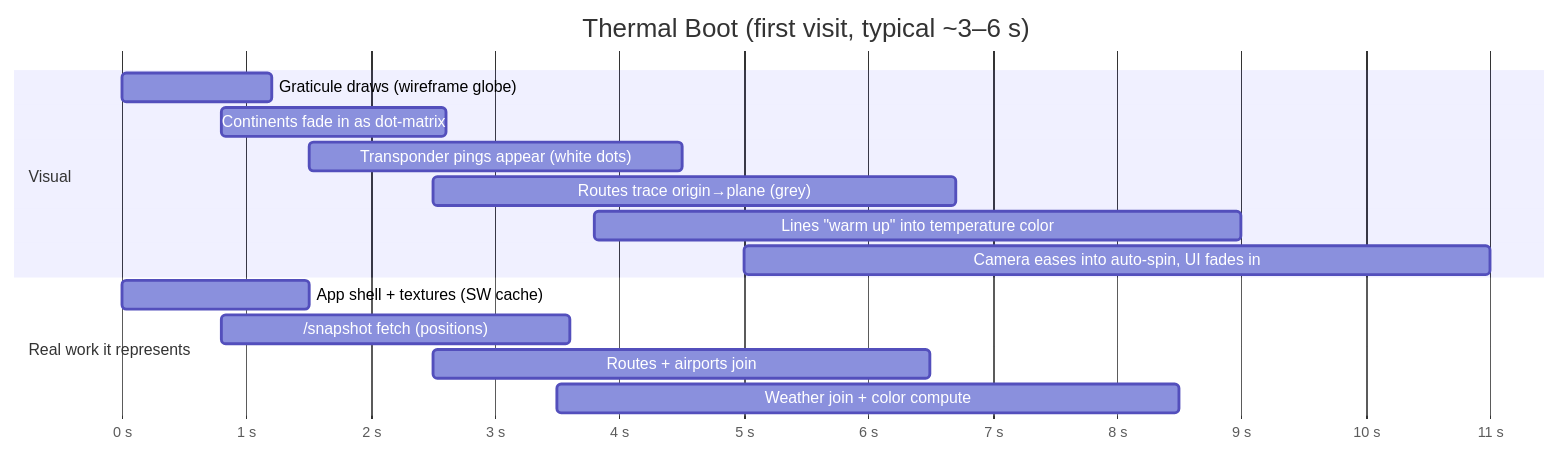
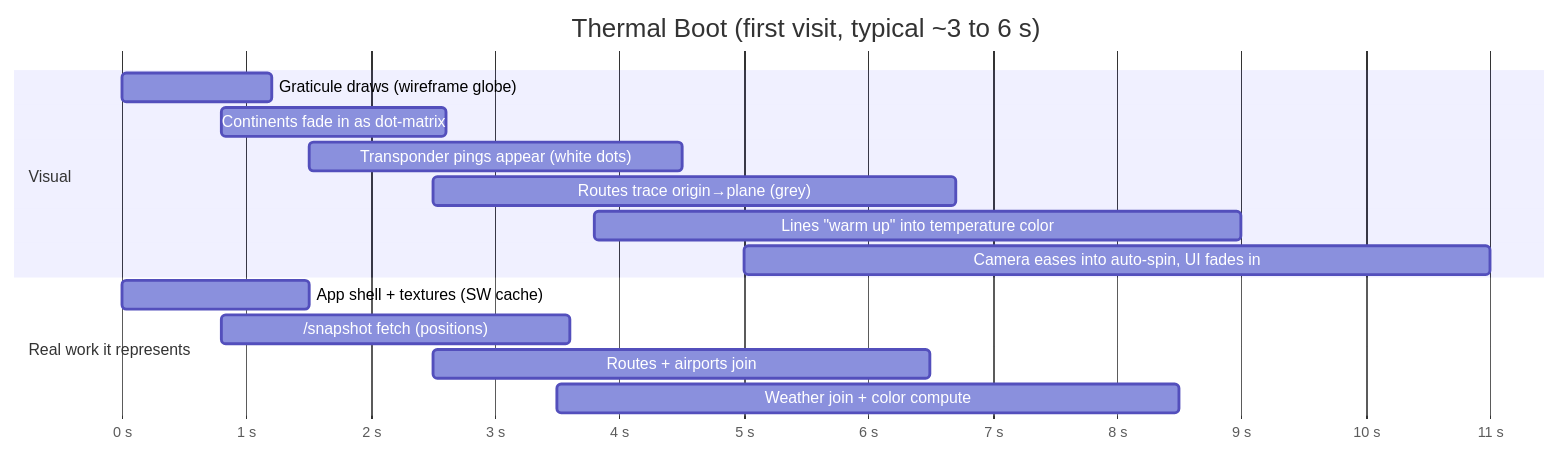
One commit to brandonIsTall/flightflux changed the fourth of 5 diagrams in docs/PLAN.md. Above: the diagram before and after it, drawn with Mermaid. The commit also changed other lines of this file, not shown here.

````diff
--- a/docs/PLAN.md
+++ b/docs/PLAN.md
@@ -246,18 +403,18 @@
 ```mermaid
 gantt
-  title Thermal Boot (first visit, typical ~3–6 s)
+  title Thermal Boot (first visit, typical ~3 to 6 s)
   dateFormat  X
   axisFormat %s s
   section Visual
   Graticule draws (wireframe globe)         :a1, 0, 1200ms
   Continents fade in as dot-matrix          :a2, 800, 1800ms
   Transponder pings appear (white dots)     :a3, 1500, 3000ms
   Routes trace origin→plane (grey)          :a4, 2500, 4200ms
   Lines "warm up" into temperature color    :a5, 3800, 5200ms
   Camera eases into auto-spin, UI fades in  :a6, 5000, 6000ms
   section Real work it represents
   App shell + textures (SW cache)           :b1, 0, 1500ms
   /snapshot fetch (positions)               :b2, 800, 2800ms
   Routes + airports join                    :b3, 2500, 4000ms
   Weather join + color compute              :b4, 3500, 5000ms
 ```
````
